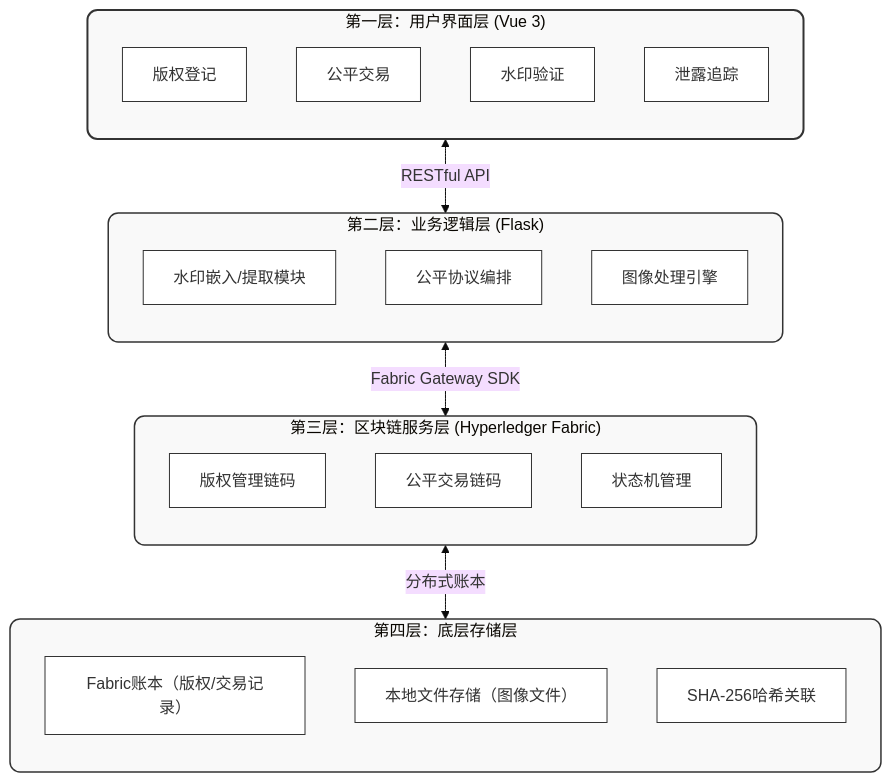
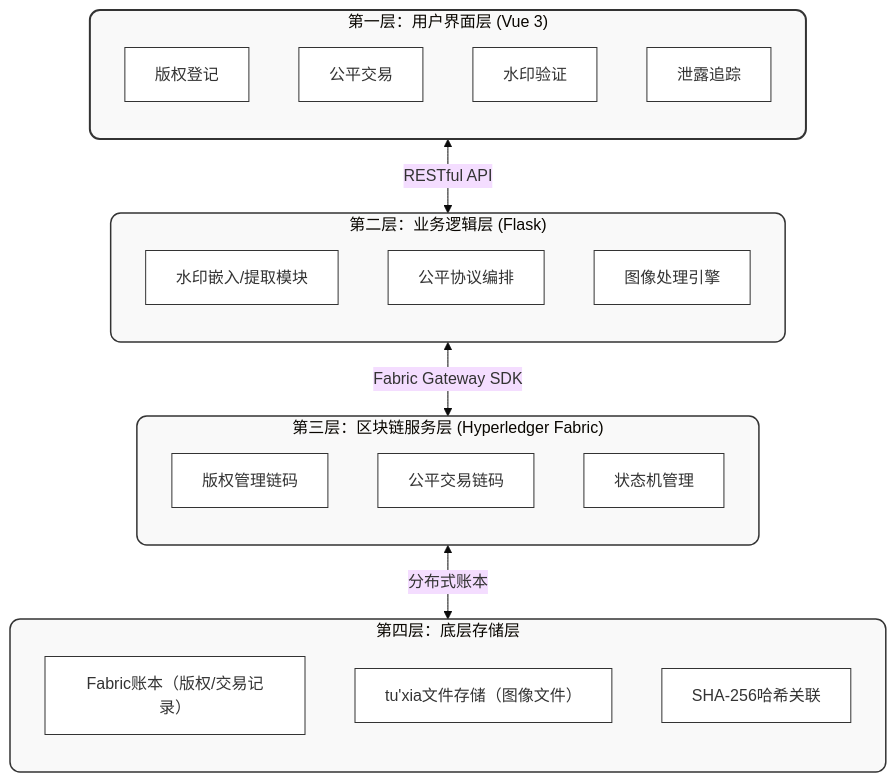
Before and after one commit to lunaBack/iodraw-files: the diagram in all/未命名.md, drawn with Mermaid (base theme).

Commit message:
2026-05-10 22:14:01 update

````diff
--- a/all/未命名.md
+++ b/all/未命名.md
@@ -1,49 +1,49 @@
 ```mermaid
 graph TD
     %% 定义样式类
     classDef layerStyle fill:#f9f9f9,stroke:#333,stroke-width:2px,rx:10,ry:10;
     classDef subModuleStyle fill:#ffffff,stroke:#333,stroke-width:1px;
     classDef arrowStyle stroke:#333,stroke-width:1.5px;
 
     %% 第一层：用户界面层
     subgraph Layer1 ["第一层：用户界面层 (Vue 3)"]
         direction TB
         M1[版权登记]:::subModuleStyle
         M2[公平交易]:::subModuleStyle
         M3[水印验证]:::subModuleStyle
         M4[泄露追踪]:::subModuleStyle
     end
     Layer1:::layerStyle
 
     %% 第二层：业务逻辑层
     subgraph Layer2 ["第二层：业务逻辑层 (Flask)"]
         direction TB
         M5[水印嵌入/提取模块]:::subModuleStyle
         M6[公平协议编排]:::subModuleStyle
         M7[图像处理引擎]:::subModuleStyle
     end
     Layer2:::layerStyle
 
     %% 第三层：区块链服务层
     subgraph Layer3 ["第三层：区块链服务层 (Hyperledger Fabric)"]
         direction TB
         M8[版权管理链码]:::subModuleStyle
         M9[公平交易链码]:::subModuleStyle
         M10[状态机管理]:::subModuleStyle
     end
     Layer3:::layerStyle
 
     %% 第四层：底层存储层
     subgraph Layer4 ["第四层：底层存储层"]
         direction TB
         M11["Fabric账本（版权/交易记录）"]:::subModuleStyle
-        M12["本地文件存储（图像文件）"]:::subModuleStyle
+        M12["tu'xia文件存储（图像文件）"]:::subModuleStyle
         M13["SHA-256哈希关联"]:::subModuleStyle
     end
     Layer4:::layerStyle
 
     %% 连接关系
     Layer1 <-->|RESTful API| Layer2:::arrowStyle
     Layer2 <-->|Fabric Gateway SDK| Layer3:::arrowStyle
     Layer3 <-->|分布式账本| Layer4:::arrowStyle
 ```
````
